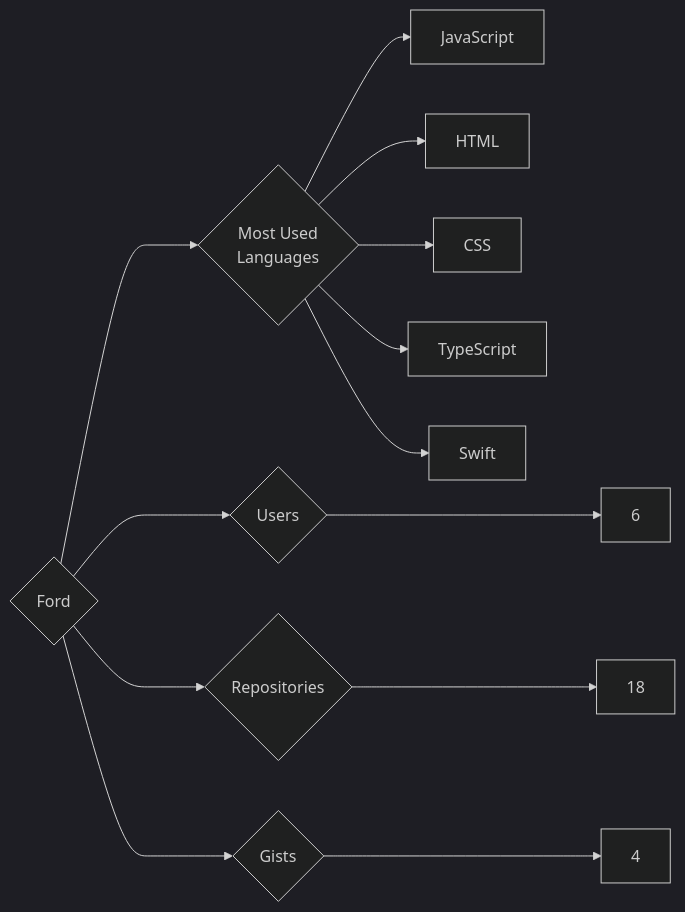
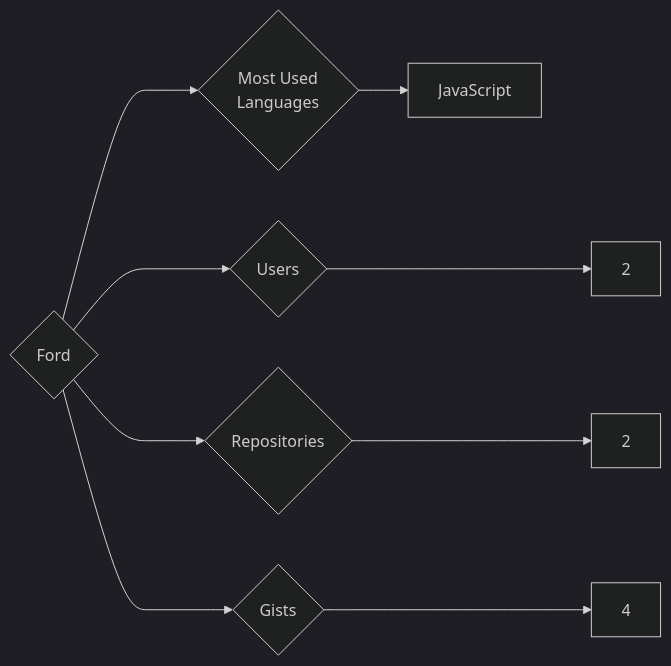
The diagram in targets/Ford/README.md (trickest/insiders), drawn with Mermaid (dark theme) before and after one commit. The commit also changed 942 other files, not shown here.

````diff
--- a/targets/Ford/README.md
+++ b/targets/Ford/README.md
@@ -3,13 +3,9 @@
 ```mermaid
 graph LR
 COMPANY_NAME{Ford}
-COMPANY_NAME ---> U{Users} ---> UN[6]
-COMPANY_NAME ---> R{Repositories} ---> RN[18]
+COMPANY_NAME ---> U{Users} ---> UN[2]
+COMPANY_NAME ---> R{Repositories} ---> RN[2]
 COMPANY_NAME ---> G{Gists} ---> GN[4]
 COMPANY_NAME ---> ML{Most Used<br>Languages}
 ML --> JavaScript[JavaScript]
-ML --> HTML[HTML]
-ML --> CSS[CSS]
-ML --> TypeScript[TypeScript]
-ML --> Swift[Swift]
 ```
````
